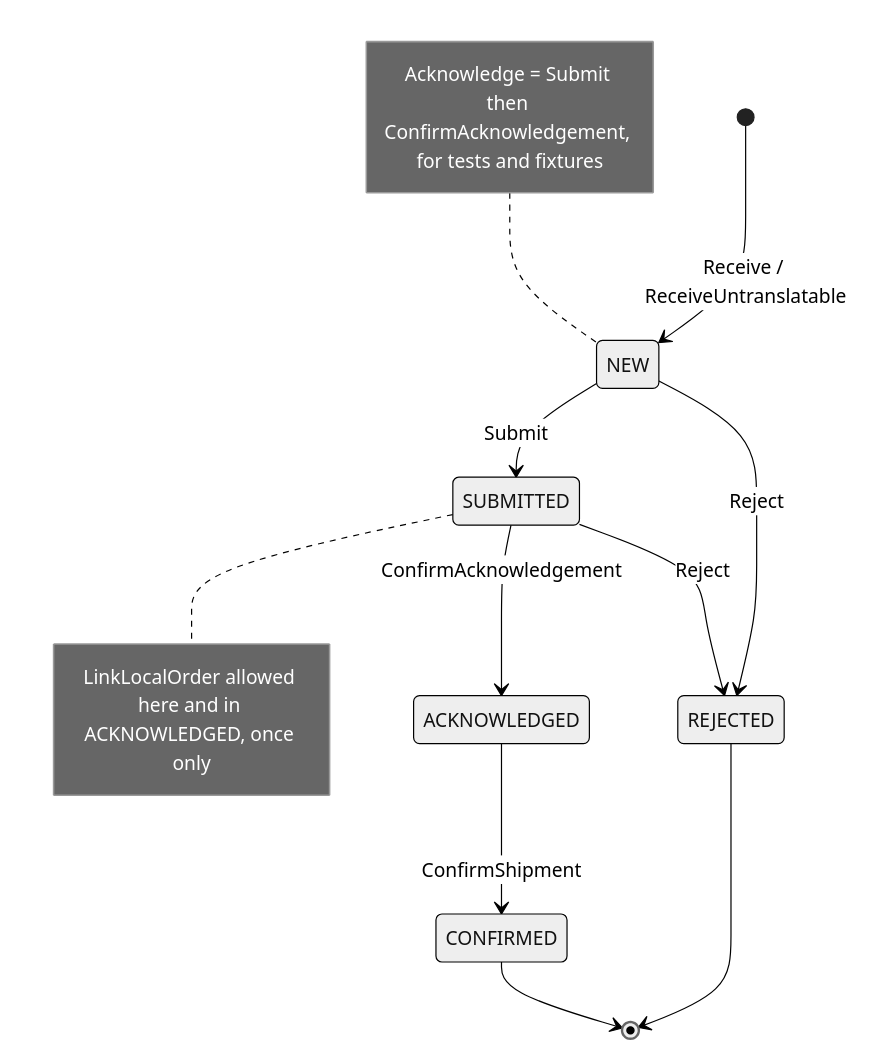
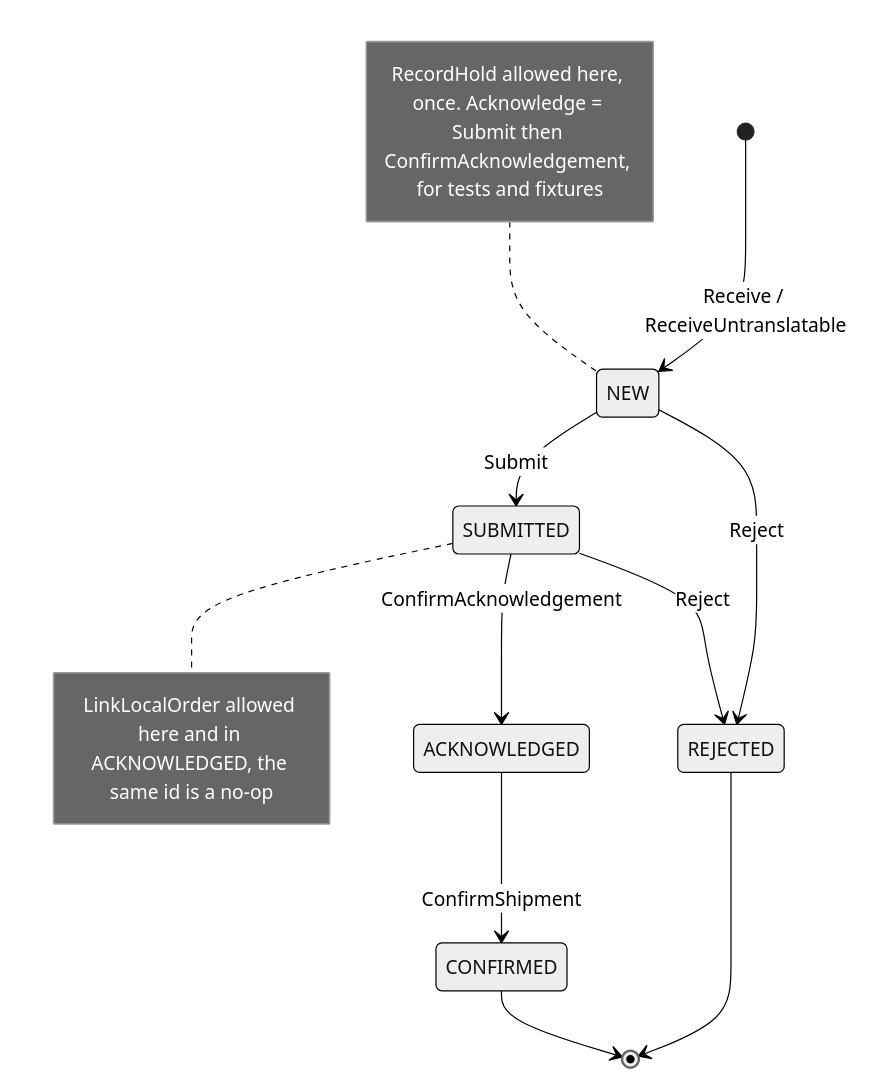
The first of 2 diagrams in docs/contexts/network-fulfillment/aggregate-design-canvas.md (IQVO/warehouse-docs), drawn with Mermaid (neutral theme) before and after one commit. The commit also changed other lines of this file and 53 other files, not shown here.

````diff
--- a/docs/contexts/network-fulfillment/aggregate-design-canvas.md
+++ b/docs/contexts/network-fulfillment/aggregate-design-canvas.md
@@ -37,17 +37,17 @@
 ```mermaid
 stateDiagram-v2
     [*] --> NEW: Receive / ReceiveUntranslatable
     NEW --> SUBMITTED: Submit
     NEW --> REJECTED: Reject
     SUBMITTED --> ACKNOWLEDGED: ConfirmAcknowledgement
     SUBMITTED --> REJECTED: Reject
     ACKNOWLEDGED --> CONFIRMED: ConfirmShipment
     REJECTED --> [*]
     CONFIRMED --> [*]
     note right of SUBMITTED
-        LinkLocalOrder allowed here and in ACKNOWLEDGED, once only
+        LinkLocalOrder allowed here and in ACKNOWLEDGED, the same id is a no-op
     end note
     note left of NEW
-        Acknowledge = Submit then ConfirmAcknowledgement, for tests and fixtures
+        RecordHold allowed here, once. Acknowledge = Submit then ConfirmAcknowledgement, for tests and fixtures
     end note
 ```
````
